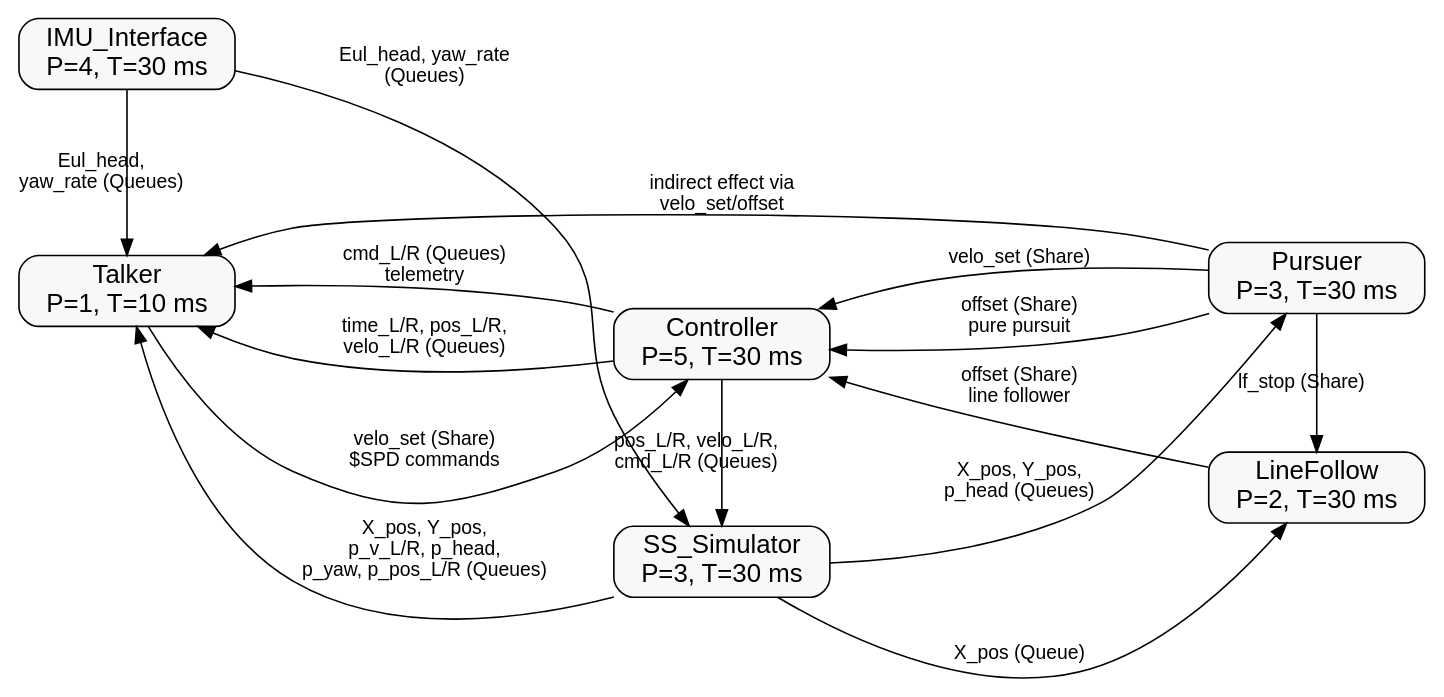
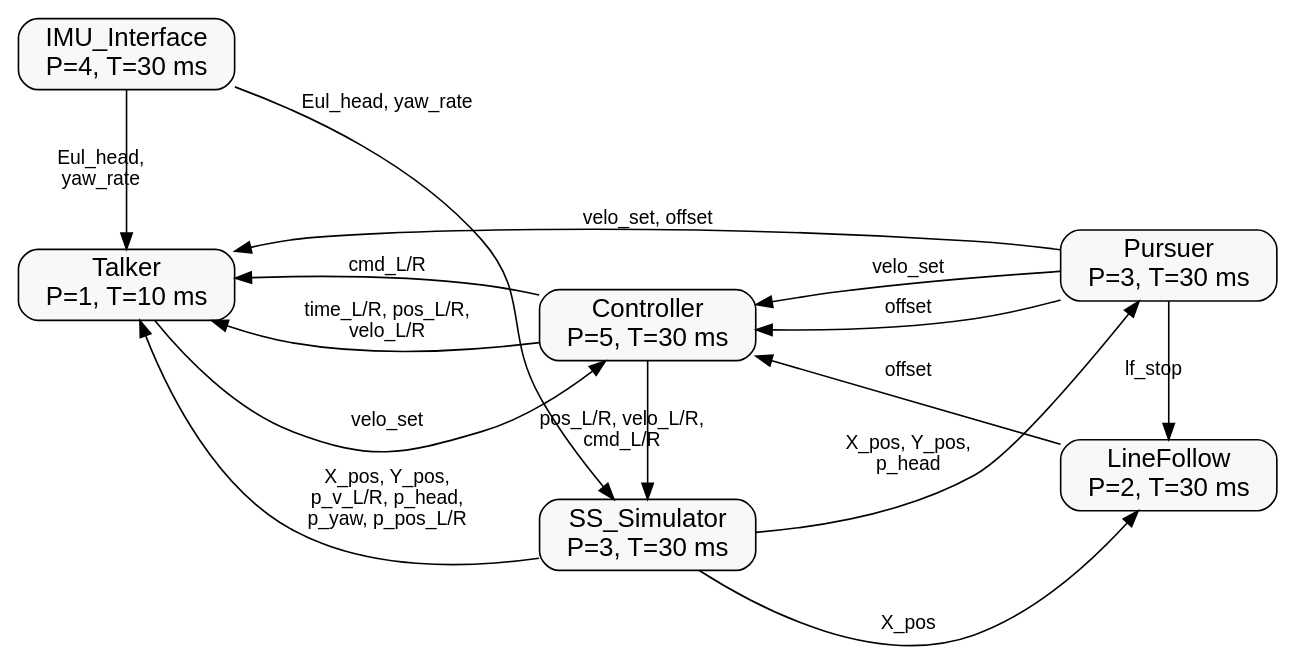
One commit to andrewthegr8/Term-Project-ME-405 changed the diagram in docs/source/main-program.rst. Above: the diagram before and after it, drawn with Graphviz. The commit also changed 1 other file, not shown here.

Commit message:
Refactor documentation for clarity; remove unnecessary labels in task communication diagrams and STM32 pin configuration

```diff
--- a/docs/source/main-program.rst
+++ b/docs/source/main-program.rst
@@ -55,80 +55,80 @@
 .. graphviz::
    :align: center
    :class: zoomable-graph
 
    digraph firmware_arch {
      rankdir=LR;
 
      // Overall font / spacing
      fontsize=16;
      nodesep="0.6";
      ranksep="1.0 equally";
 
      node [
        shape=box,
        style="rounded,filled",
        fillcolor="#f8f8f8",
        fontname="Helvetica",
        fontsize=16
      ];
 
      edge [
        fontname="Helvetica",
        fontsize=12
      ];
 
      // =========================
      // Task nodes (Garbage removed)
      // =========================
      subgraph cluster_tasks {
        label = "Tasks (priority P, period T)";
        style = "rounded";
        color = "#cccccc";
 
        Talker        [label="Talker\nP=1, T=10 ms"];
        IMU_Interface [label="IMU_Interface\nP=4, T=30 ms"];
        Controller    [label="Controller\nP=5, T=30 ms"];
        LineFollow    [label="LineFollow\nP=2, T=30 ms"];
        Pursuer       [label="Pursuer\nP=3, T=30 ms"];
        SS_Simulator  [label="SS_Simulator\nP=3, T=30 ms"];
      }
 
      // =========================
      // Column layout (reduces edge crossing)
      // =========================
      { rank = same; IMU_Interface; Talker; }
      { rank = same; SS_Simulator; Controller; }
      { rank = same; Pursuer; LineFollow; }
 
      // =========================
      // Shares / queues between tasks
      // =========================
 
      // Speed commands
-     Talker      -> Controller    [label="velo_set (Share)\n$SPD commands"];
-     Pursuer     -> Controller    [label="velo_set (Share)"];
-     Controller  -> Talker        [label="cmd_L/R (Queues)\ntelemetry"];
+     Talker      -> Controller    [label="velo_set"];
+     Pursuer     -> Controller    [label="velo_set"];
+     Controller  -> Talker        [label="cmd_L/R"];
 
      // Offsets
-     LineFollow  -> Controller    [label="offset (Share)\nline follower"];
-     Pursuer     -> Controller    [label="offset (Share)\npure pursuit"];
+     LineFollow  -> Controller    [label="offset"];
+     Pursuer     -> Controller    [label="offset"];
 
      // Line follower enable/disable
-     Pursuer     -> LineFollow    [label="lf_stop (Share)"];
+     Pursuer     -> LineFollow    [label="lf_stop"];
 
      // IMU to simulator & talker
-     IMU_Interface -> SS_Simulator [label="Eul_head, yaw_rate\n(Queues)"];
-     IMU_Interface -> Talker       [label="Eul_head,\nyaw_rate (Queues)"];
+     IMU_Interface -> SS_Simulator [label="Eul_head, yaw_rate"];
+     IMU_Interface -> Talker       [label="Eul_head,\nyaw_rate"];
 
      // Controller → others
-     Controller  -> Talker        [label="time_L/R, pos_L/R,\nvelo_L/R (Queues)"];
-     Controller  -> SS_Simulator  [label="pos_L/R, velo_L/R,\ncmd_L/R (Queues)"];
+     Controller  -> Talker        [label="time_L/R, pos_L/R,\nvelo_L/R"];
+     Controller  -> SS_Simulator  [label="pos_L/R, velo_L/R,\ncmd_L/R"];
 
      // State-space simulator outputs
-     SS_Simulator -> Talker       [label="X_pos, Y_pos,\np_v_L/R, p_head,\np_yaw, p_pos_L/R (Queues)"];
-     SS_Simulator -> LineFollow   [label="X_pos (Queue)"];
-     SS_Simulator -> Pursuer      [label="X_pos, Y_pos,\np_head (Queues)"];
+     SS_Simulator -> Talker       [label="X_pos, Y_pos,\np_v_L/R, p_head,\np_yaw, p_pos_L/R"];
+     SS_Simulator -> LineFollow   [label="X_pos"];
+     SS_Simulator -> Pursuer      [label="X_pos, Y_pos,\np_head"];
 
      // Pursuer adjusting behavior
-     Pursuer     -> Talker        [label="indirect effect via\nvelo_set/offset"];
+     Pursuer     -> Talker        [label="velo_set, offset"];
    }
```
